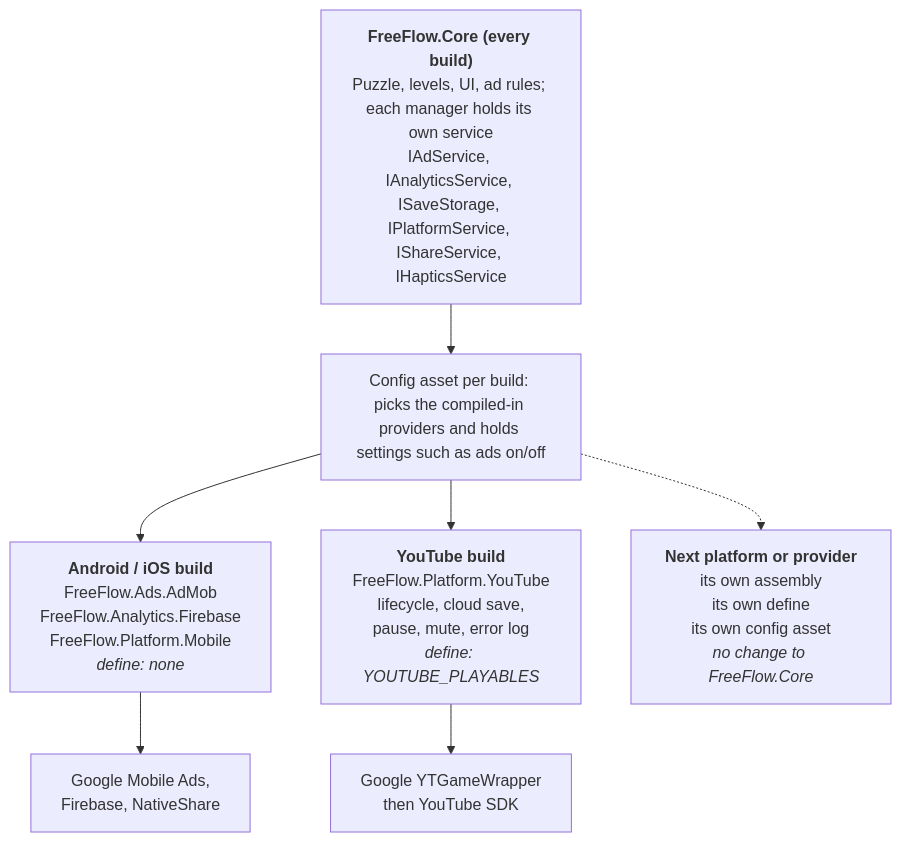
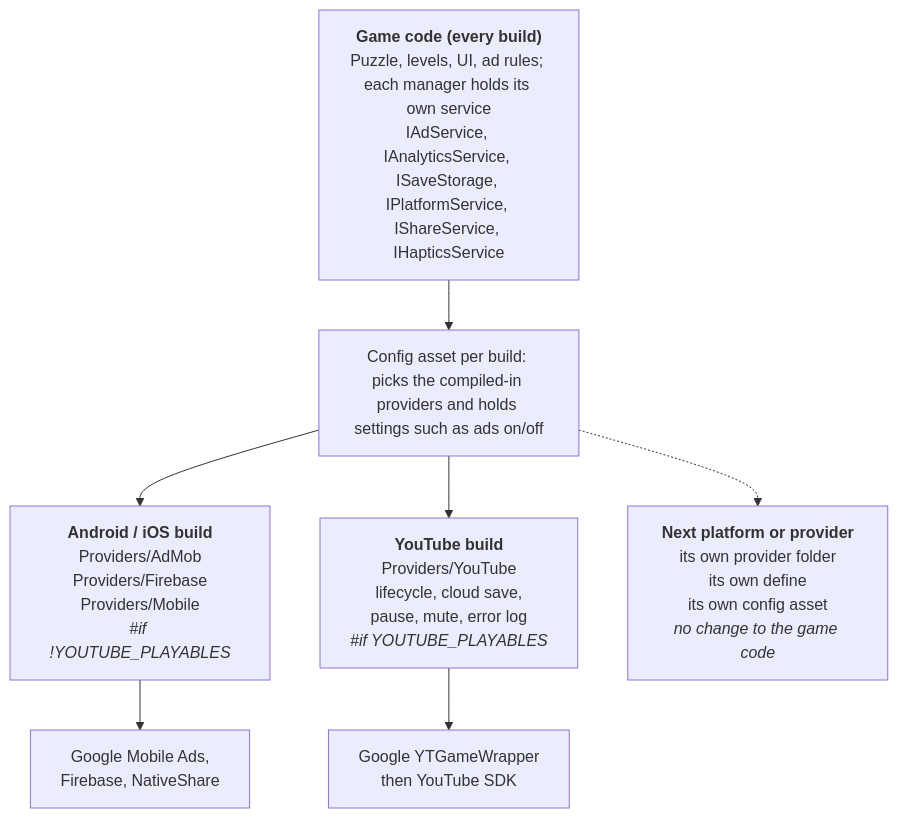
One commit to umeshlahudkar/FreeFlow changed the diagram in Docs/YOUTUBE_PLAYABLES_PLAN.md. Above: the diagram before and after it, drawn with Mermaid. The commit also changed other lines of this file and 34 other files, not shown here.

First line of the commit message:
Remove the game's own assembly definitions

````diff
--- a/Docs/YOUTUBE_PLAYABLES_PLAN.md
+++ b/Docs/YOUTUBE_PLAYABLES_PLAN.md
@@ -192,17 +192,17 @@
 ```mermaid
 flowchart TD
-    core["<b>FreeFlow.Core (every build)</b><br/>Puzzle, levels, UI, ad rules; each manager holds its own service<br/>IAdService, IAnalyticsService, ISaveStorage, IPlatformService, IShareService, IHapticsService"]
+    core["<b>Game code (every build)</b><br/>Puzzle, levels, UI, ad rules; each manager holds its own service<br/>IAdService, IAnalyticsService, ISaveStorage, IPlatformService, IShareService, IHapticsService"]
     config["Config asset per build: picks the compiled-in providers and holds settings such as ads on/off"]
-    android["<b>Android / iOS build</b><br/>FreeFlow.Ads.AdMob<br/>FreeFlow.Analytics.Firebase<br/>FreeFlow.Platform.Mobile<br/><i>define: none</i>"]
-    youtube["<b>YouTube build</b><br/>FreeFlow.Platform.YouTube<br/>lifecycle, cloud save,<br/>pause, mute, error log<br/><i>define: YOUTUBE_PLAYABLES</i>"]
-    future["<b>Next platform or provider</b><br/>its own assembly<br/>its own define<br/>its own config asset<br/><i>no change to FreeFlow.Core</i>"]
+    android["<b>Android / iOS build</b><br/>Providers/AdMob<br/>Providers/Firebase<br/>Providers/Mobile<br/><i>#if !YOUTUBE_PLAYABLES</i>"]
+    youtube["<b>YouTube build</b><br/>Providers/YouTube<br/>lifecycle, cloud save,<br/>pause, mute, error log<br/><i>#if YOUTUBE_PLAYABLES</i>"]
+    future["<b>Next platform or provider</b><br/>its own provider folder<br/>its own define<br/>its own config asset<br/><i>no change to the game code</i>"]
     msdk["Google Mobile Ads,<br/>Firebase, NativeShare"]
     ysdk["Google YTGameWrapper<br/>then YouTube SDK"]
 
     core --> config
     config --> android
     config --> youtube
     config -.-> future
     android --> msdk
     youtube --> ysdk
 ```
````
